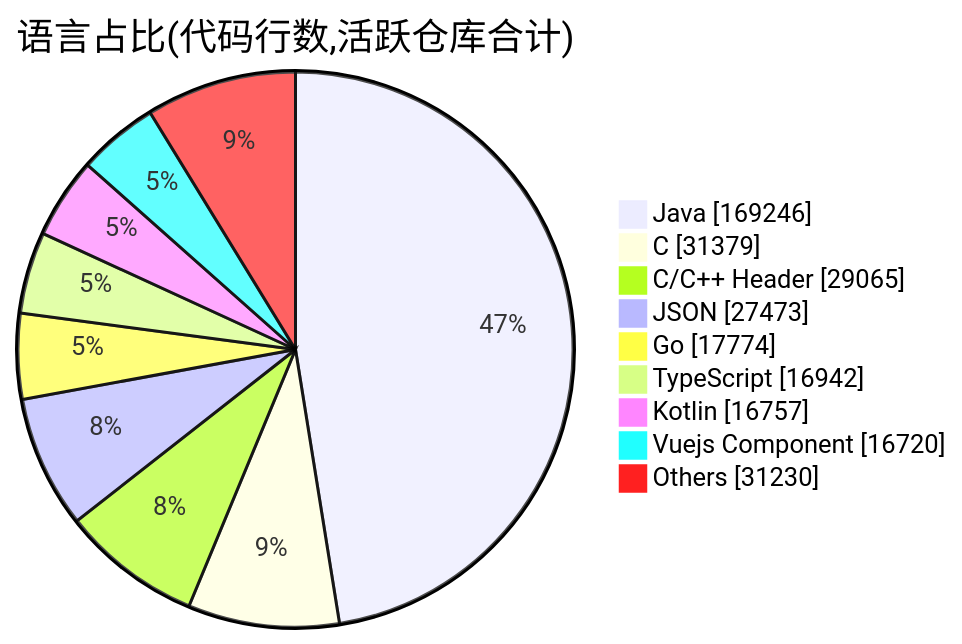
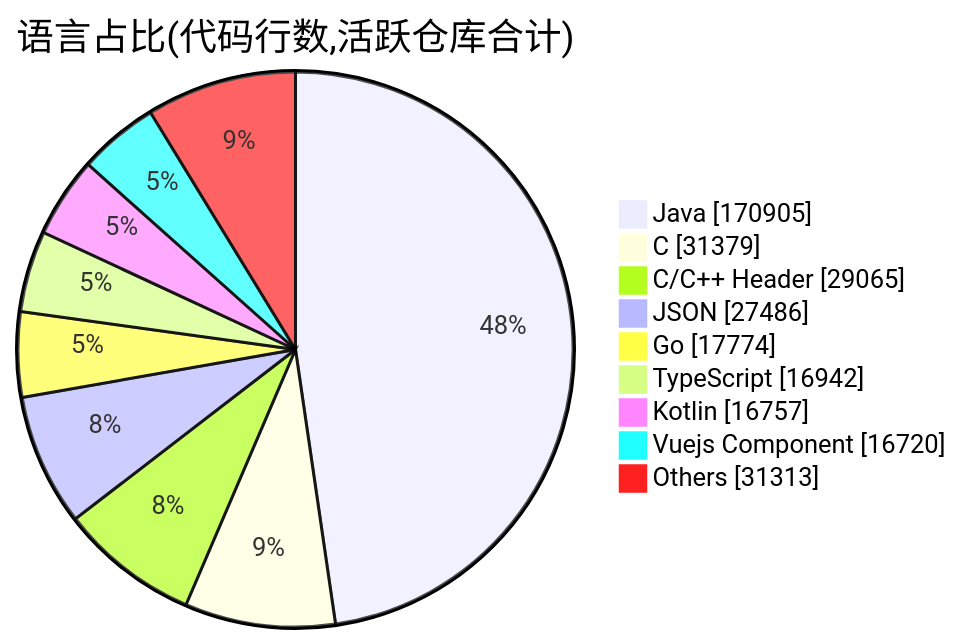
The second of 2 diagrams in profile/README.md (Conflux-Union/.github), drawn with Mermaid before and after one commit. The commit also changed other lines of this file and 1 other file, not shown here.

````diff
--- a/profile/README.md
+++ b/profile/README.md
@@ -78,13 +78,13 @@
 ```mermaid
 pie showData
     title 语言占比(代码行数,活跃仓库合计)
-    "Java" : 169246
+    "Java" : 170905
     "C" : 31379
     "C/C++ Header" : 29065
-    "JSON" : 27473
+    "JSON" : 27486
     "Go" : 17774
     "TypeScript" : 16942
     "Kotlin" : 16757
     "Vuejs Component" : 16720
-    "Others" : 31230
+    "Others" : 31313
 ```
````
